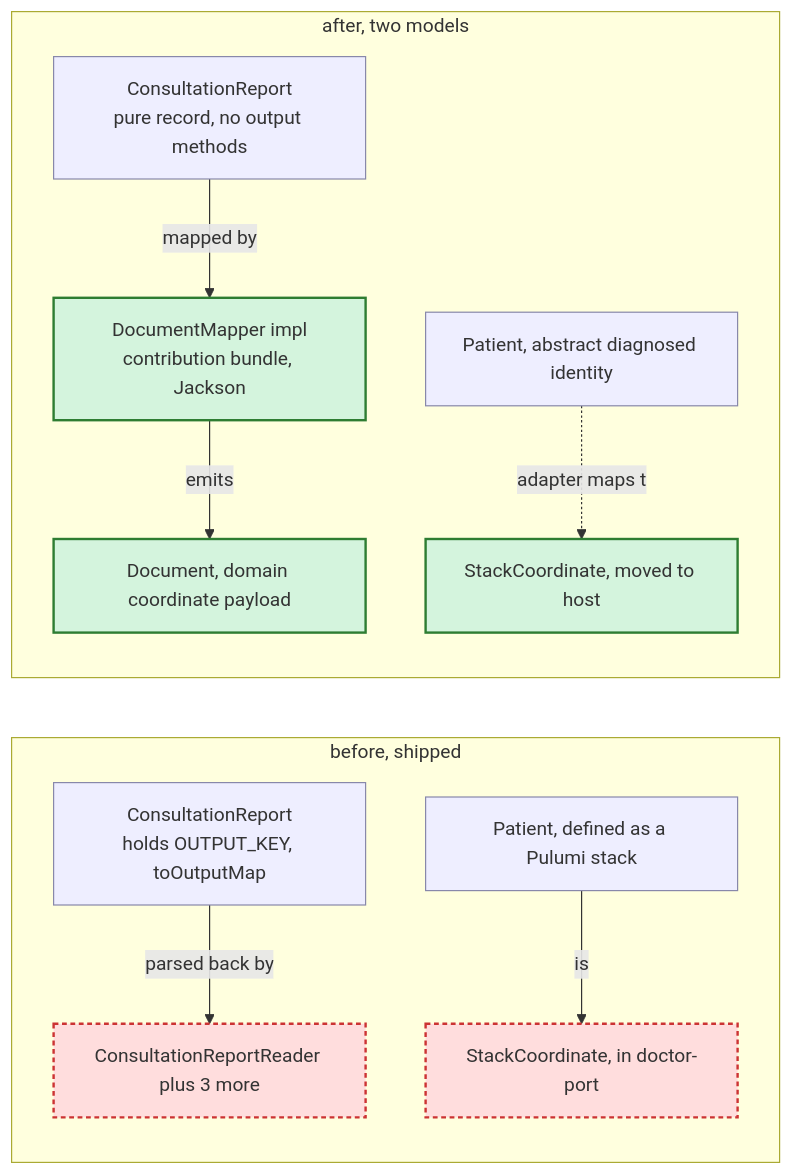
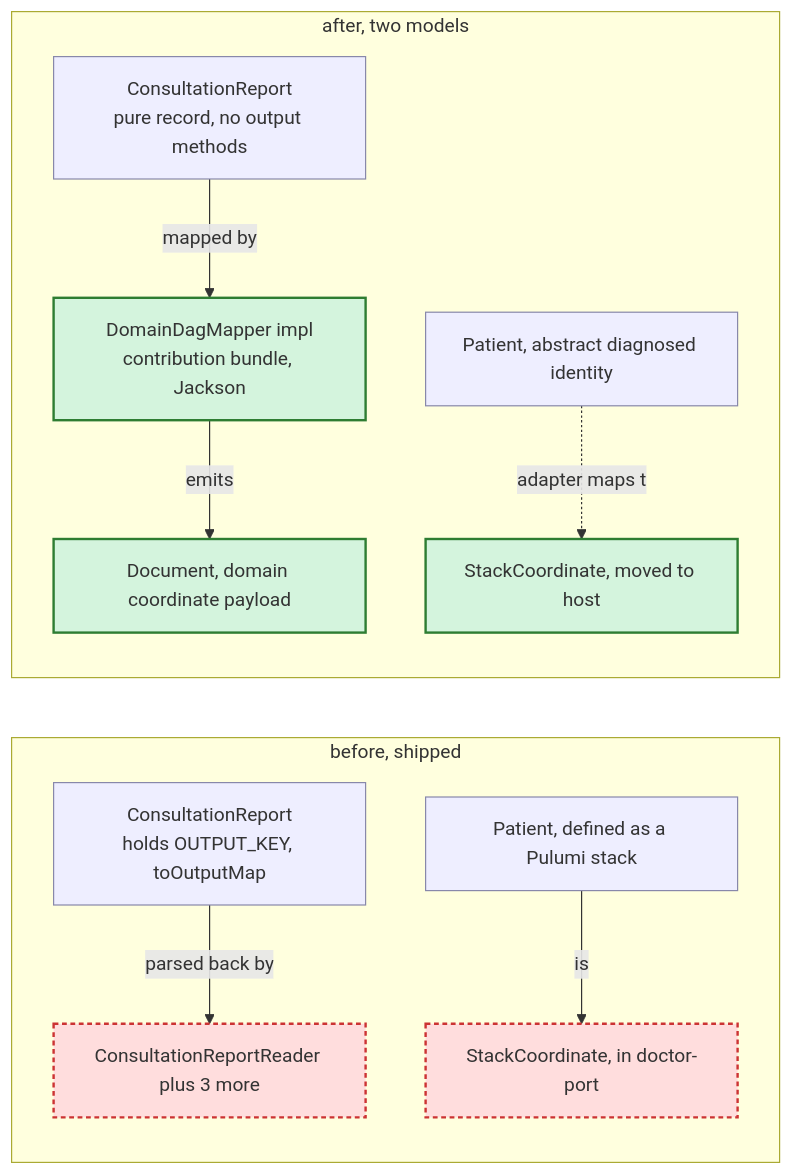
One commit to nxmatic/rke2lab changed the sixth of 15 diagrams in docs/architecture/integration-atlas.adoc. Above: the diagram before and after it, drawn with Mermaid. The commit also changed other lines of this file and 4 other files, not shown here.

First line of the commit message:
docs(multiplexor): rename to the DomainDag family for crystal-clear roles

```diff
--- a/docs/architecture/integration-atlas.adoc
+++ b/docs/architecture/integration-atlas.adoc
@@ -530,31 +530,31 @@
 [mermaid]
 ....
 flowchart LR
     subgraph B[before, shipped]
         b_rec["ConsultationReport<br/>holds OUTPUT_KEY, toOutputMap"]
         b_rdr["ConsultationReportReader plus 3 more"]
         b_pat["Patient, defined as a Pulumi stack"]
         b_coord["StackCoordinate, in doctor-port"]
         b_rec -->|parsed back by| b_rdr
         b_pat -->|is| b_coord
     end
 
     subgraph A[after, two models]
         a_rec["ConsultationReport<br/>pure record, no output methods"]
-        a_map["DocumentMapper impl<br/>contribution bundle, Jackson"]
+        a_map["DomainDagMapper impl<br/>contribution bundle, Jackson"]
         a_doc["Document, domain coordinate payload"]
         a_pat["Patient, abstract diagnosed identity"]
         a_coord["StackCoordinate, moved to host"]
         a_rec -->|mapped by| a_map
         a_map -->|emits| a_doc
         a_pat -.adapter maps to.-> a_coord
     end
 
     classDef built fill:#eef,stroke:#88a,stroke-width:1px;
     classDef new fill:#d4f4dd,stroke:#2e7d32,stroke-width:2px;
     classDef gone fill:#fdd,stroke:#c33,stroke-width:2px,stroke-dasharray:4 3;
     class b_rec,b_pat,a_rec,a_pat built;
     class a_map,a_doc new;
     class b_rdr,b_coord gone;
     class a_coord new;
 ....
```
